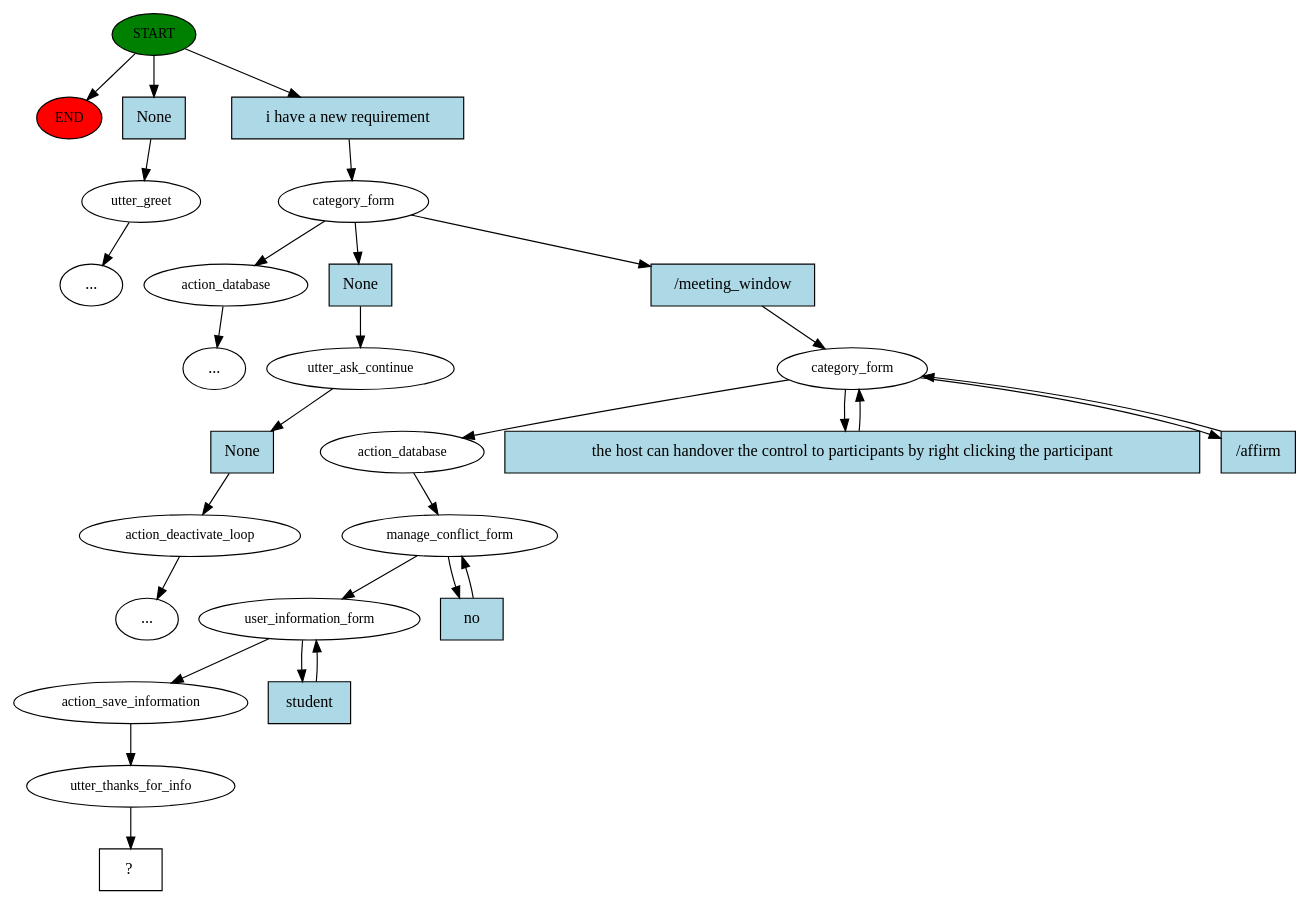
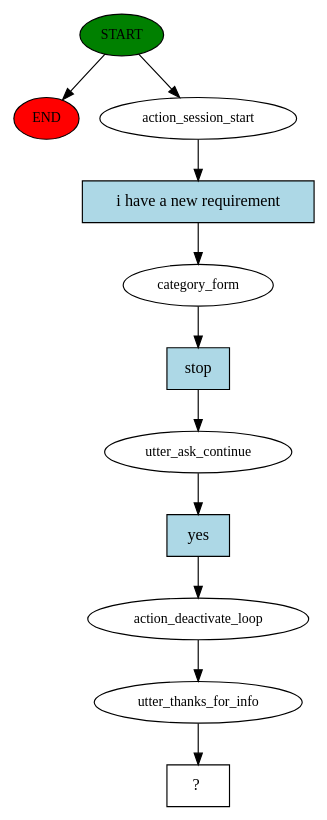
Before and after one commit to JesBec/prototype_conflict_chatbot: the diagram in story_graph.dot, drawn with Graphviz. The commit also changed 32 other files, not shown here.

```diff
--- a/story_graph.dot
+++ b/story_graph.dot
@@ -1,57 +1,23 @@
 digraph  {
 0 [class="start active", fillcolor=green, fontsize=12, label=START, style=filled];
 "-1" [class=end, fillcolor=red, fontsize=12, label=END, style=filled];
-1 [class="", fontsize=12, label=utter_greet];
-"-5" [class=ellipsis, label="..."];
-4 [class=active, fontsize=12, label=category_form];
-5 [class="", fontsize=12, label=utter_ask_continue];
-6 [class="", fontsize=12, label=action_deactivate_loop];
-"-6" [class=ellipsis, label="..."];
-8 [class="", fontsize=12, label=action_database];
-"-7" [class=ellipsis, label="..."];
-10 [class=active, fontsize=12, label=category_form];
-13 [class=active, fontsize=12, label=action_database];
-14 [class=active, fontsize=12, label=manage_conflict_form];
-16 [class=active, fontsize=12, label=user_information_form];
-21 [class=active, fontsize=12, label=action_save_information];
-22 [class=active, fontsize=12, label=utter_thanks_for_info];
-23 [class="intent dashed active", label="  ?  ", shape=rect];
-24 [class=intent, fillcolor=lightblue, label=None, shape=rect, style=filled];
-25 [class="intent active", fillcolor=lightblue, label="i have a new requirement", shape=rect, style=filled];
-26 [class=intent, fillcolor=lightblue, label=None, shape=rect, style=filled];
-27 [class="intent active", fillcolor=lightblue, label="/meeting_window", shape=rect, style=filled];
-28 [class=intent, fillcolor=lightblue, label=None, shape=rect, style=filled];
-29 [class="intent active", fillcolor=lightblue, label="the host can handover the control to participants by right clicking the participant", shape=rect, style=filled];
-30 [class="intent active", fillcolor=lightblue, label="/affirm", shape=rect, style=filled];
-31 [class="intent active", fillcolor=lightblue, label=no, shape=rect, style=filled];
-32 [class="intent active", fillcolor=lightblue, label=student, shape=rect, style=filled];
+1 [class=active, fontsize=12, label=action_session_start];
+2 [class=active, fontsize=12, label=category_form];
+3 [class=active, fontsize=12, label=utter_ask_continue];
+4 [class=active, fontsize=12, label=action_deactivate_loop];
+5 [class=active, fontsize=12, label=utter_thanks_for_info];
+6 [class="intent dashed active", label="  ?  ", shape=rect];
+7 [class="intent active", fillcolor=lightblue, label="i have a new requirement", shape=rect, style=filled];
+8 [class="intent active", fillcolor=lightblue, label=stop, shape=rect, style=filled];
+9 [class="intent active", fillcolor=lightblue, label=yes, shape=rect, style=filled];
 0 -> "-1"  [class="", key=NONE, label=""];
-0 -> 24  [class="", key=0];
-0 -> 25  [class=active, key=0];
-1 -> "-5"  [class="", key=NONE, label=""];
-4 -> 8  [class="", key=NONE, label=""];
-4 -> 26  [class="", key=0];
-4 -> 27  [class=active, key=0];
-5 -> 28  [class="", key=0];
-6 -> "-6"  [class="", key=NONE, label=""];
-8 -> "-7"  [class="", key=NONE, label=""];
-10 -> 13  [class=active, key=NONE, label=""];
-10 -> 29  [class=active, key=0];
-10 -> 30  [class=active, key=0];
-13 -> 14  [class=active, key=NONE, label=""];
-14 -> 16  [class=active, key=NONE, label=""];
-14 -> 31  [class=active, key=0];
-16 -> 21  [class=active, key=NONE, label=""];
-16 -> 32  [class=active, key=0];
-21 -> 22  [class=active, key=NONE, label=""];
-22 -> 23  [class=active, key=NONE, label=""];
-24 -> 1  [class="", key=0];
-25 -> 4  [class=active, key=0];
-26 -> 5  [class="", key=0];
-27 -> 10  [class=active, key=0];
-28 -> 6  [class="", key=0];
-29 -> 10  [class=active, key=0];
-30 -> 10  [class=active, key=0];
-31 -> 14  [class=active, key=0];
-32 -> 16  [class=active, key=0];
+0 -> 1  [class=active, key=NONE, label=""];
+1 -> 7  [class=active, key=0];
+2 -> 8  [class=active, key=0];
+3 -> 9  [class=active, key=0];
+4 -> 5  [class=active, key=NONE, label=""];
+5 -> 6  [class=active, key=NONE, label=""];
+7 -> 2  [class=active, key=0];
+8 -> 3  [class=active, key=0];
+9 -> 4  [class=active, key=0];
 }
```
